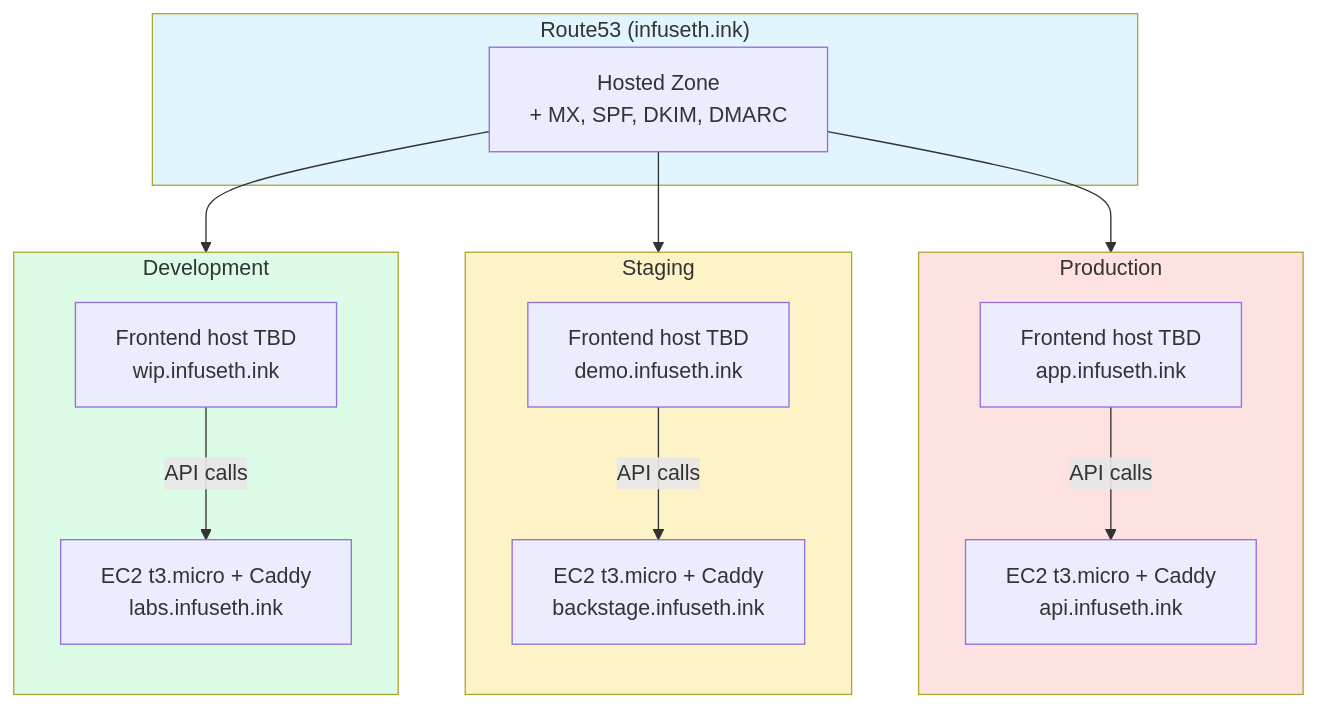
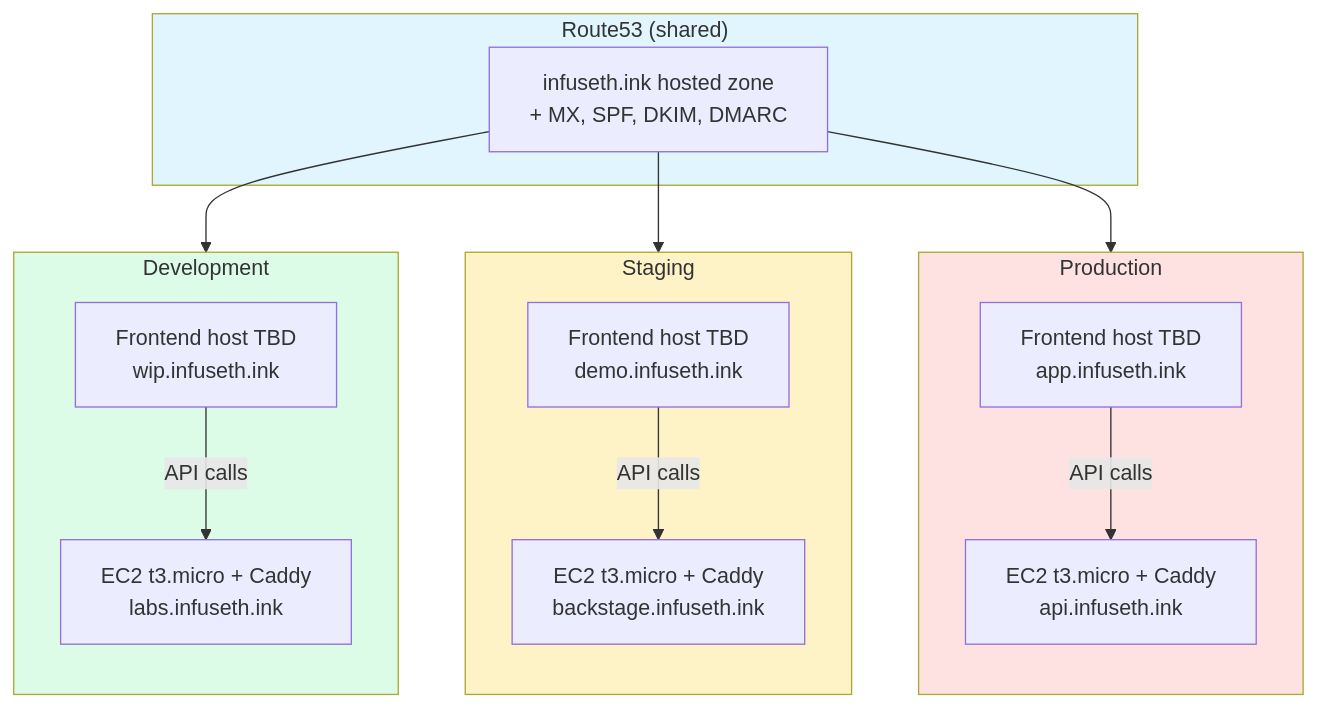
Before and after one commit to infuseth-ink/infusethink-iac: the diagram in README.md, drawn with Mermaid. The commit also changed other lines of this file, not shown here.

````diff
--- a/README.md
+++ b/README.md
@@ -18,34 +15,34 @@
 ```mermaid
 graph TB
     subgraph prod["Production"]
         direction TB
         fe_prod["Frontend host TBD<br/>app.infuseth.ink"]
         caddy_prod["EC2 t3.micro + Caddy<br/>api.infuseth.ink"]
         fe_prod -->|API calls| caddy_prod
     end
 
     subgraph staging["Staging"]
         direction TB
         fe_stg["Frontend host TBD<br/>demo.infuseth.ink"]
         caddy_stg["EC2 t3.micro + Caddy<br/>backstage.infuseth.ink"]
         fe_stg -->|API calls| caddy_stg
     end
 
     subgraph dev["Development"]
         direction TB
         fe_dev["Frontend host TBD<br/>wip.infuseth.ink"]
         caddy_dev["EC2 t3.micro + Caddy<br/>labs.infuseth.ink"]
         fe_dev -->|API calls| caddy_dev
     end
 
-    subgraph dns["Route53 (infuseth.ink)"]
-        r53["Hosted Zone<br/>+ MX, SPF, DKIM, DMARC"]
+    subgraph dns["Route53 (shared)"]
+        r53["infuseth.ink hosted zone<br/>+ MX, SPF, DKIM, DMARC"]
     end
 
     r53 --> fe_prod & fe_stg & fe_dev
 
     style prod fill:#fee2e2
     style staging fill:#fef3c7
     style dev fill:#dcfce7
     style dns fill:#e1f5ff
 ```
````
